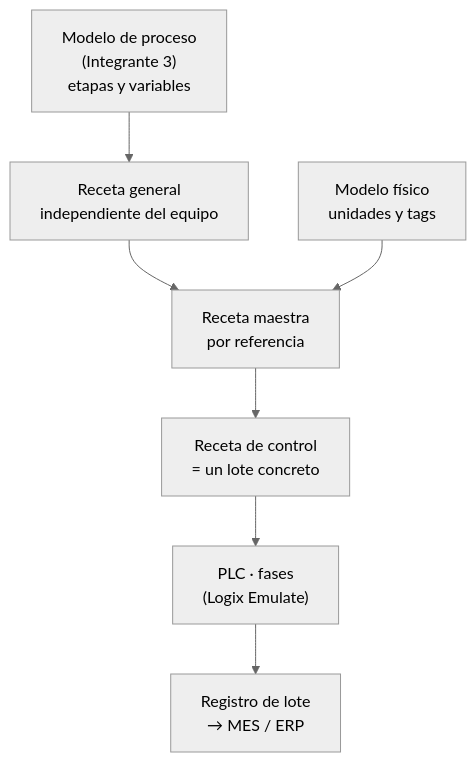
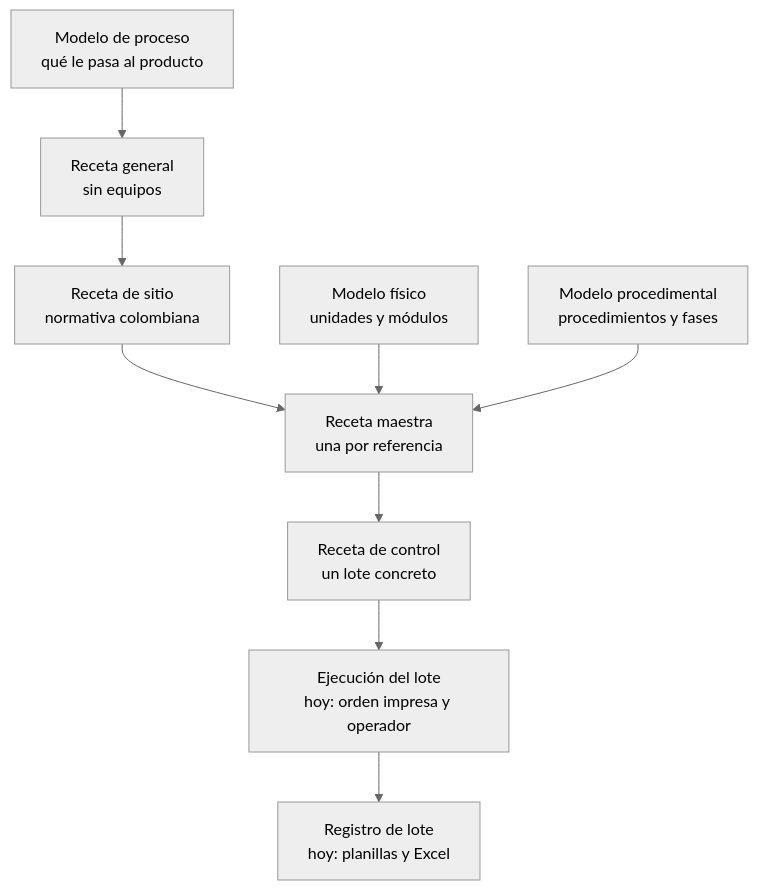
One commit to Mekvra/proyecto-integrador changed the diagram in 01_transformacion-digital/isa88/README.md. Above: the diagram before and after it, drawn with Mermaid (neutral theme). The commit also changed other lines of this file and 4 other files, not shown here.

First line of the commit message:
ISA-88: modelo completo de la planta de 150.000 L/día (sin kéfir), con recetas maestras de las 9 referencias

````diff
--- a/01_transformacion-digital/isa88/README.md
+++ b/01_transformacion-digital/isa88/README.md
@@ -15,9 +19,11 @@
 ```mermaid
 flowchart TD
-    MP["Modelo de proceso<br/>(Integrante 3)<br/>etapas y variables"] --> RG["Receta general<br/>independiente del equipo"]
-    RG --> RM["Receta maestra<br/>por referencia"]
-    MF["Modelo físico<br/>unidades y tags"] --> RM
-    RM --> RC["Receta de control<br/>= un lote concreto"]
-    RC --> PLC["PLC · fases<br/>(Logix Emulate)"]
-    PLC --> RL["Registro de lote<br/>→ MES / ERP"]
+    MP["Modelo de proceso<br/>qué le pasa al producto"] --> RG["Receta general<br/>sin equipos"]
+    RG --> RS["Receta de sitio<br/>normativa colombiana"]
+    RS --> RM["Receta maestra<br/>una por referencia"]
+    MF["Modelo físico<br/>unidades y módulos"] --> RM
+    PR["Modelo procedimental<br/>procedimientos y fases"] --> RM
+    RM --> RC["Receta de control<br/>un lote concreto"]
+    RC --> EJ["Ejecución del lote<br/>hoy: orden impresa y operador"]
+    EJ --> RL["Registro de lote<br/>hoy: planillas y Excel"]
 ```
````
